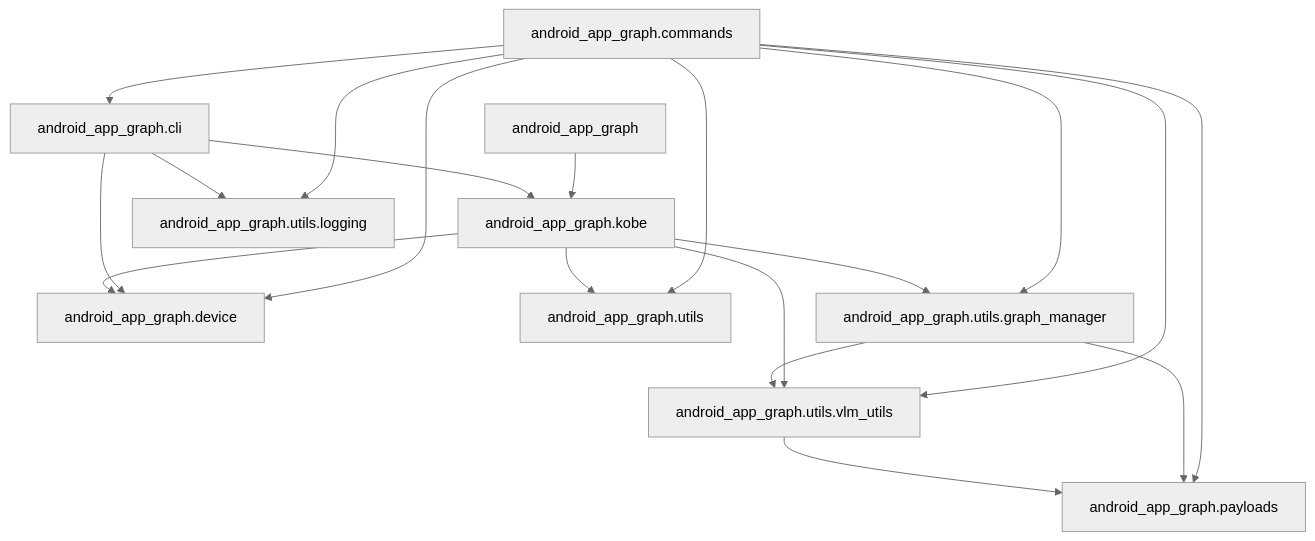
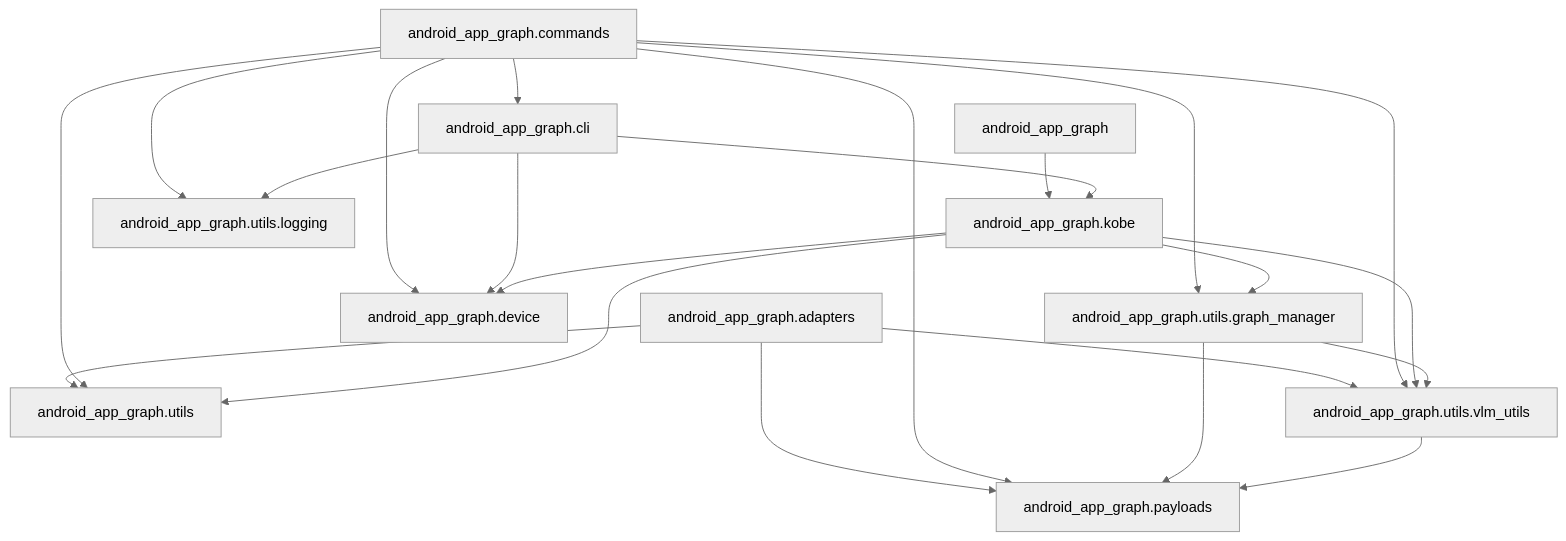
One commit to john-agi/Android-App-Graph changed the diagram in README.md. Above: the diagram before and after it, drawn with Mermaid (neutral theme). The commit also changed other lines of this file and 1 other file, not shown here.

First line of the commit message:
docs: describe aitk_files/android_app_graph_v2.py as a shim

````diff
--- a/README.md
+++ b/README.md
@@ -64,21 +67,24 @@
 ```mermaid
 graph TD;
     pkg["android_app_graph"] --> kobe["android_app_graph.kobe"];
+    adapters["android_app_graph.adapters"] --> pay["android_app_graph.payloads"];
+    adapters --> utils["android_app_graph.utils"];
+    adapters --> vlm["android_app_graph.utils.vlm_utils"];
     cmd["android_app_graph.commands"] --> cli["android_app_graph.cli"];
     cmd --> dev["android_app_graph.device"];
-    cmd --> pay["android_app_graph.payloads"];
-    cmd --> utils["android_app_graph.utils"];
+    cmd --> pay;
+    cmd --> utils;
     cmd --> gm["android_app_graph.utils.graph_manager"];
     cmd --> logging["android_app_graph.utils.logging"];
-    cmd --> vlm["android_app_graph.utils.vlm_utils"];
+    cmd --> vlm;
     cli --> dev;
     cli --> kobe;
     cli --> logging;
     kobe --> dev;
     kobe --> utils;
     kobe --> gm;
     kobe --> vlm;
     gm --> pay;
     gm --> vlm;
     vlm --> pay;
 ```
````
